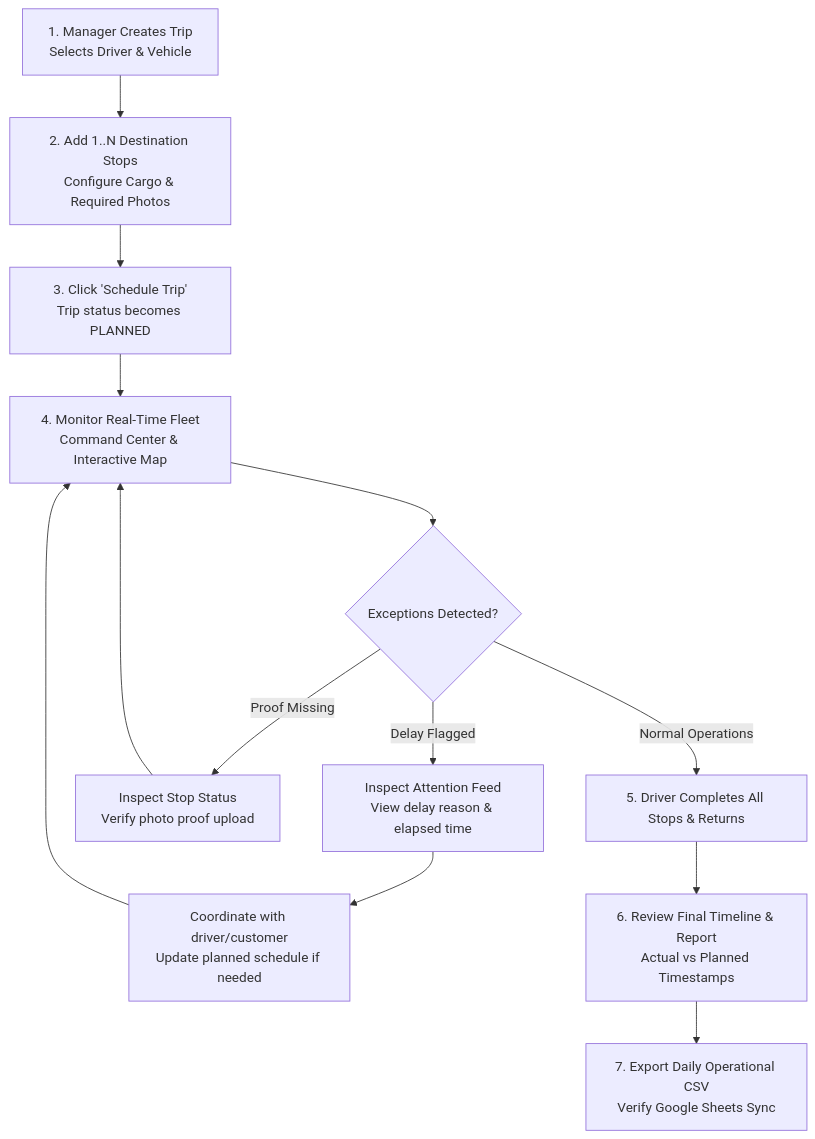
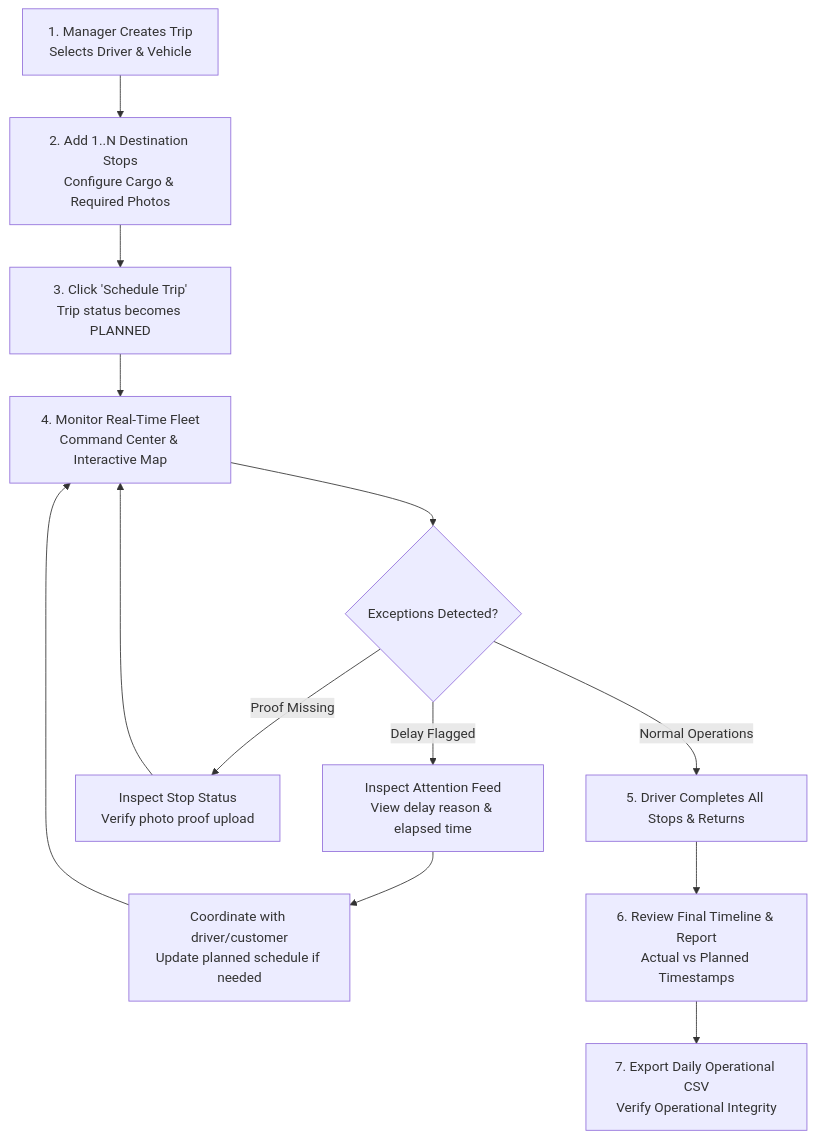
Before and after one commit to Nixxzzzzz/truck_tracker: the second of 2 diagrams in documentation/operations-manual.md, drawn with Mermaid. The commit also changed other lines of this file and 19 other files, not shown here.

Commit message:
feat(security): apply commercial readiness hardening and remove google sheets integration

````diff
--- a/documentation/operations-manual.md
+++ b/documentation/operations-manual.md
@@ -86,20 +86,20 @@
 ```mermaid
 flowchart TD
     PlanRoute[1. Manager Creates Trip<br/>Selects Driver & Vehicle] --> AddStops[2. Add 1..N Destination Stops<br/>Configure Cargo & Required Photos]
     AddStops --> Dispatch[3. Click 'Schedule Trip'<br/>Trip status becomes PLANNED]
     
     Dispatch --> MonitorFleet[4. Monitor Real-Time Fleet<br/>Command Center & Interactive Map]
     
     MonitorFleet --> CheckException{Exceptions Detected?}
     
     CheckException -- Delay Flagged --> ViewDelay[Inspect Attention Feed<br/>View delay reason & elapsed time]
     ViewDelay --> ContactDriver[Coordinate with driver/customer<br/>Update planned schedule if needed]
     ContactDriver --> MonitorFleet
     
     CheckException -- Proof Missing --> CheckPhoto[Inspect Stop Status<br/>Verify photo proof upload]
     CheckPhoto --> MonitorFleet
     
     CheckException -- Normal Operations --> RouteCompleted[5. Driver Completes All Stops & Returns]
     RouteCompleted --> AuditReport[6. Review Final Timeline & Report<br/>Actual vs Planned Timestamps]
-    AuditReport --> ExportCSV[7. Export Daily Operational CSV<br/>Verify Google Sheets Sync]
+    AuditReport --> ExportCSV[7. Export Daily Operational CSV<br/>Verify Operational Integrity]
 ```
````
